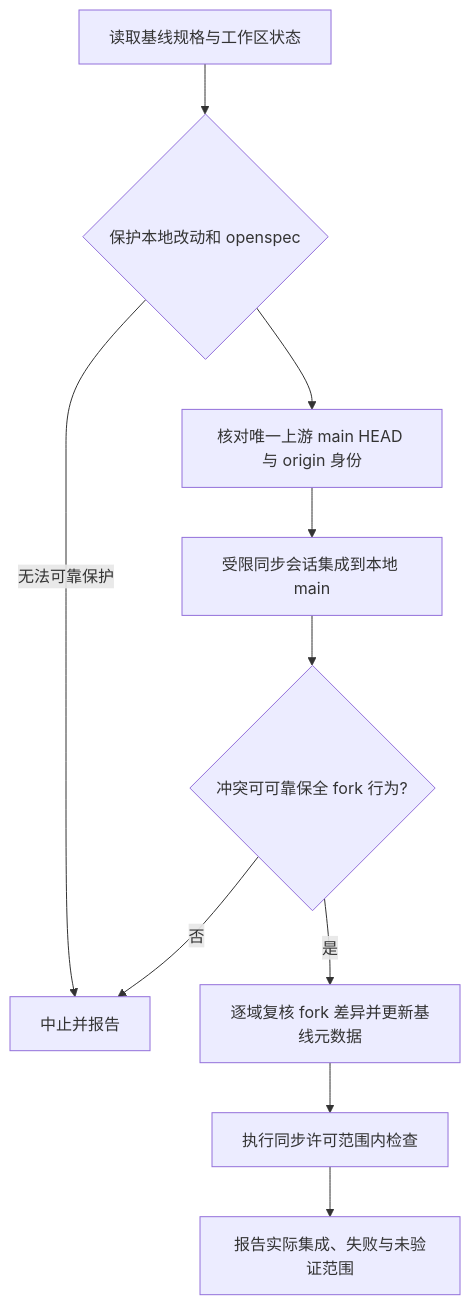
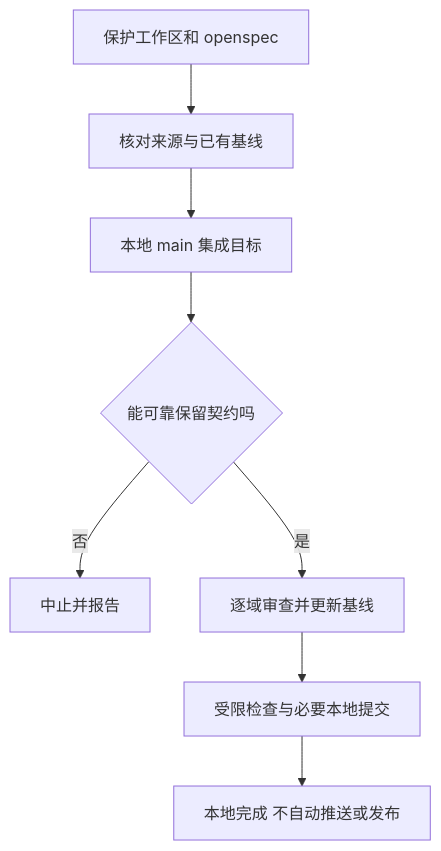
Before and after one commit to jchanghong023/oh-my-pi: the diagram in openwiki/operations/fork-maintenance.md, drawn with Mermaid. The commit also changed other lines of this file and 63 other files, not shown here.

````diff
--- a/openwiki/operations/fork-maintenance.md
+++ b/openwiki/operations/fork-maintenance.md
@@ -52,12 +60,10 @@
 ```mermaid
 flowchart TD
-    A[读取基线规格与工作区状态] --> B{保护本地改动和 openspec}
-    B -->|无法可靠保护| X[中止并报告]
-    B --> C[核对唯一上游 main HEAD 与 origin 身份]
-    C --> D[受限同步会话集成到本地 main]
-    D --> E{冲突可可靠保全 fork 行为?}
-    E -->|否| X
-    E -->|是| F[逐域复核 fork 差异并更新基线元数据]
-    F --> G[执行同步许可范围内检查]
-    G --> H[报告实际集成、失败与未验证范围]
+    A["保护工作区和 openspec"] --> B["核对来源与已有基线"]
+    B --> C["本地 main 集成目标"]
+    C --> D{"能可靠保留契约吗"}
+    D -->|否| E["中止并报告"]
+    D -->|是| F["逐域审查并更新基线"]
+    F --> G["受限检查与必要本地提交"]
+    G --> H["本地完成 不自动推送或发布"]
 ```
````
